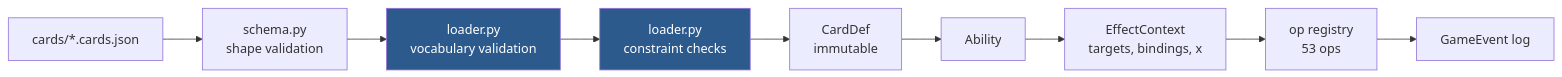
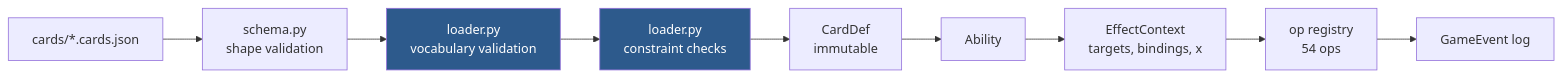
The diagram in docs/card-dsl.md (TylerGauntlett/commander-blitz), drawn with Mermaid before and after one commit. The commit also changed other lines of this file and 6 other files, not shown here.

````diff
--- a/docs/card-dsl.md
+++ b/docs/card-dsl.md
@@ -6,14 +6,14 @@
 ```mermaid
 flowchart LR
     json["cards/*.cards.json"] --> pydantic["schema.py<br/>shape validation"]
     pydantic --> vocab["loader.py<br/>vocabulary validation"]
     vocab --> constraints["loader.py<br/>constraint checks"]
     constraints --> carddef["CardDef<br/>immutable"]
     carddef --> ability["Ability"]
     ability --> ctx["EffectContext<br/>targets, bindings, x"]
-    ctx --> ops["op registry<br/>53 ops"]
+    ctx --> ops["op registry<br/>54 ops"]
     ops --> events["GameEvent log"]
 
     style vocab fill:#2d5a8c,color:#fff
     style constraints fill:#2d5a8c,color:#fff
 ```
````
